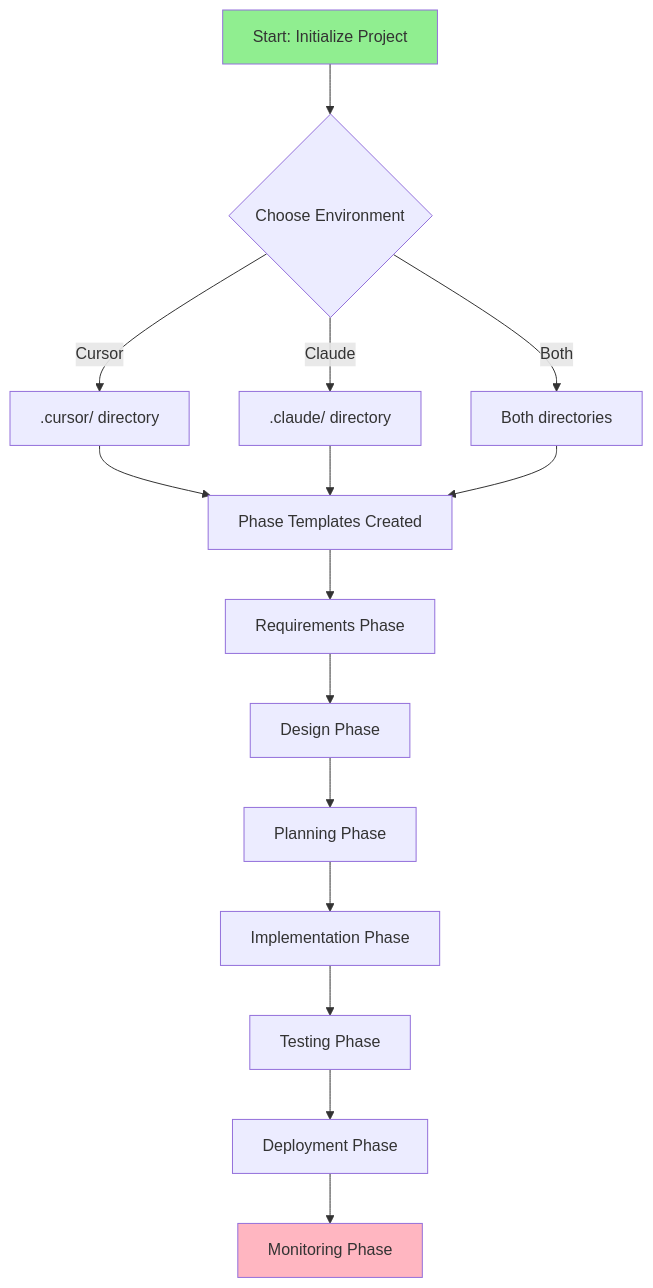
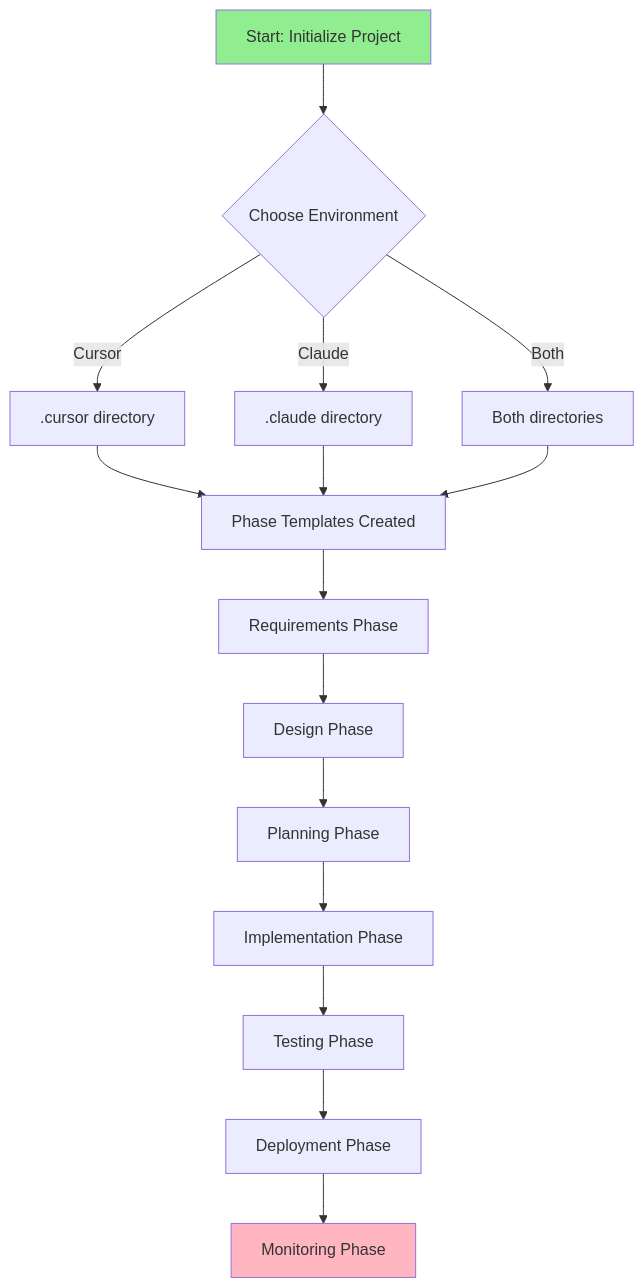
Before and after one commit to lytv/ai-devkit: the first of 5 diagrams in README.md, drawn with Mermaid. The commit also changed other lines of this file, not shown here.

Commit message:
ok fig diagram

````diff
--- a/README.md
+++ b/README.md
@@ -52,22 +52,22 @@
 ```mermaid
 graph TD
-    A[Start: Initialize Project] --> B{Choose Environment}
-    B -->|Cursor| C1[.cursor/ directory]
-    B -->|Claude| C2[.claude/ directory]
-    B -->|Both| C3[Both directories]
+    A["Start: Initialize Project"] --> B{"Choose Environment"}
+    B -->|Cursor| C1[".cursor directory"]
+    B -->|Claude| C2[".claude directory"]
+    B -->|Both| C3["Both directories"]
     
-    C1 --> D[Phase Templates Created]
+    C1 --> D["Phase Templates Created"]
     C2 --> D
     C3 --> D
     
-    D --> E[Requirements Phase]
-    E --> F[Design Phase]
-    F --> G[Planning Phase]
-    G --> H[Implementation Phase]
-    H --> I[Testing Phase]
-    I --> J[Deployment Phase]
-    J --> K[Monitoring Phase]
+    D --> E["Requirements Phase"]
+    E --> F["Design Phase"]
+    F --> G["Planning Phase"]
+    G --> H["Implementation Phase"]
+    H --> I["Testing Phase"]
+    I --> J["Deployment Phase"]
+    J --> K["Monitoring Phase"]
     
     style A fill:#90EE90
     style K fill:#FFB6C1
 ```
````
